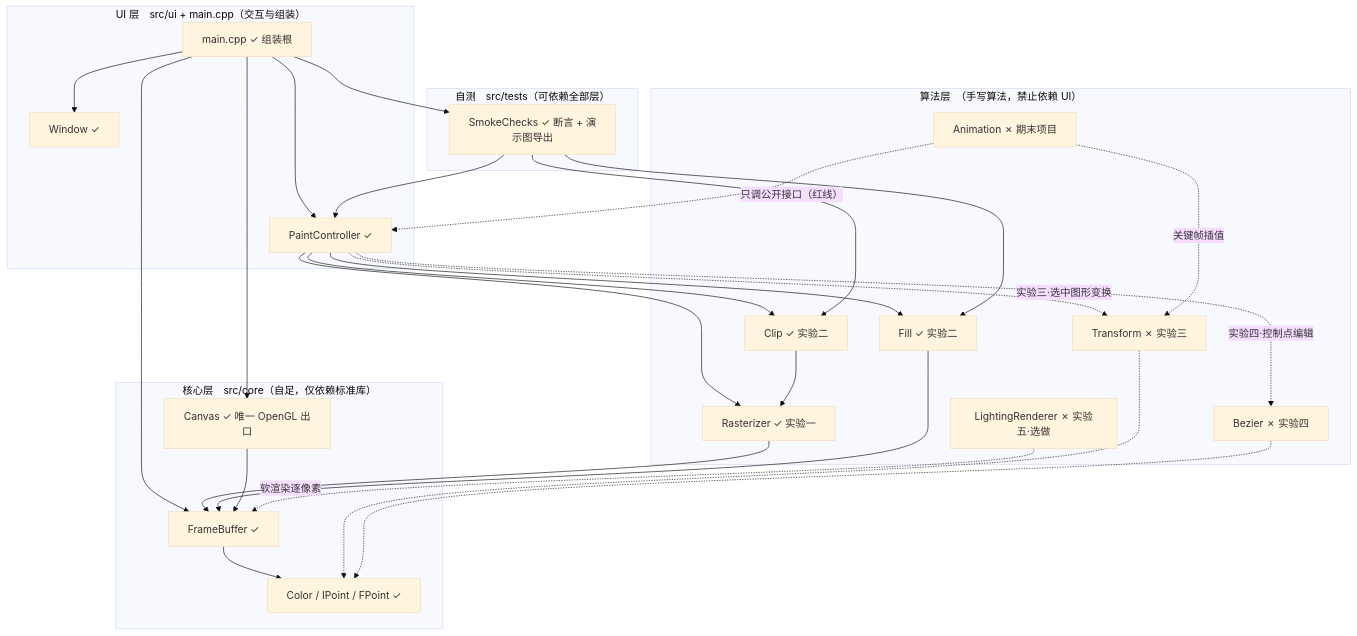
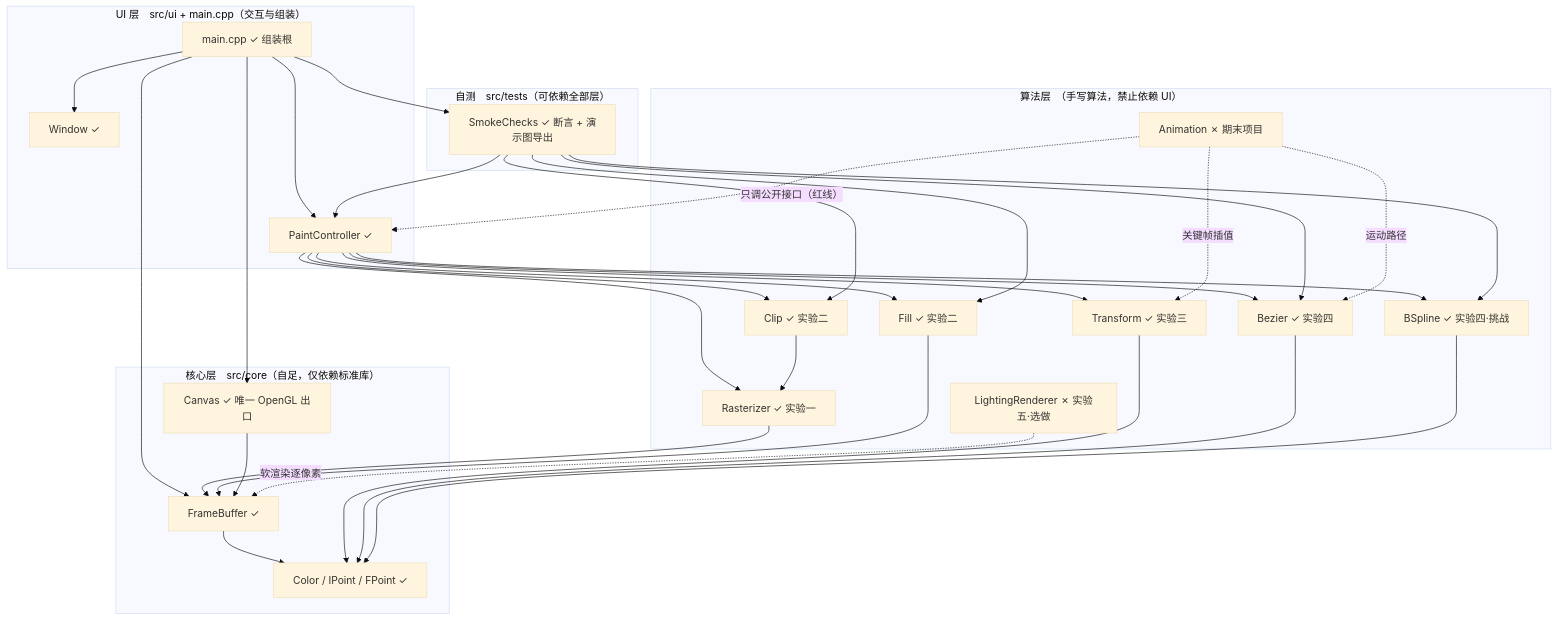
The first of 3 diagrams in docs/架构设计.md (zmdld11/SHU-Computer-Graphics), drawn with Mermaid (base theme) before and after one commit. The commit also changed other lines of this file and 12 other files, not shown here.

First line of the commit message:
feat: 实验四——n 阶 Bezier 曲线（de Casteljau）+ 挑战题 n 阶 B 样条 (#46 #47) (#48)

````diff
--- a/docs/架构设计.md
+++ b/docs/架构设计.md
@@ -9,50 +9,56 @@
 ```mermaid
 graph TB
     subgraph UI["UI 层　src/ui + main.cpp（交互与组装）"]
         MAIN["main.cpp ✓ 组装根"]
         WIN["Window ✓"]
         PC["PaintController ✓"]
     end
     subgraph ALG["算法层　（手写算法，禁止依赖 UI）"]
         RAS["Rasterizer ✓ 实验一"]
         FILL["Fill ✓ 实验二"]
         CLIP["Clip ✓ 实验二"]
-        TRA["Transform ✗ 实验三"]
-        BEZ["Bezier ✗ 实验四"]
+        TRA["Transform ✓ 实验三"]
+        BEZ["Bezier ✓ 实验四"]
+        BSP["BSpline ✓ 实验四·挑战"]
         LIGHT["LightingRenderer ✗ 实验五·选做"]
         ANIM["Animation ✗ 期末项目"]
     end
     subgraph CORE["核心层　src/core（自足，仅依赖标准库）"]
         FB["FrameBuffer ✓"]
         CAN["Canvas ✓ 唯一 OpenGL 出口"]
         CP["Color / IPoint / FPoint ✓"]
     end
     subgraph TEST["自测　src/tests（可依赖全部层）"]
         SMOKE["SmokeChecks ✓ 断言 + 演示图导出"]
     end
 
     MAIN --> WIN
     MAIN --> PC
     MAIN --> CAN
     MAIN --> FB
     MAIN --> SMOKE
     PC --> RAS
     PC --> FILL
     PC --> CLIP
+    PC --> TRA
+    PC --> BEZ
+    PC --> BSP
     RAS --> FB
     FILL --> FB
     CLIP --> RAS
     CAN --> FB
     FB --> CP
     SMOKE --> FILL
     SMOKE --> CLIP
     SMOKE --> PC
+    SMOKE --> BEZ
+    SMOKE --> BSP
 
-    PC -. 实验三·选中图形变换 .-> TRA
-    PC -. 实验四·控制点编辑 .-> BEZ
     ANIM -. 只调公开接口（红线） .-> PC
     ANIM -. 关键帧插值 .-> TRA
-    TRA -.-> CP
-    BEZ -.-> CP
+    ANIM -. 运动路径 .-> BEZ
+    TRA --> CP
+    BEZ --> CP
+    BSP --> CP
     LIGHT -. 软渲染逐像素 .-> FB
 ```
````
